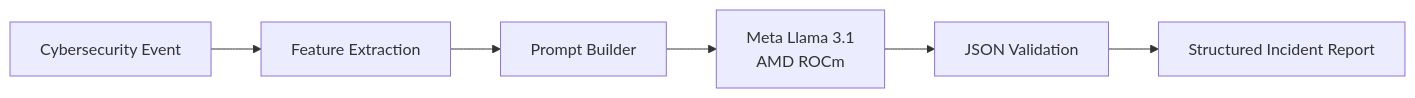
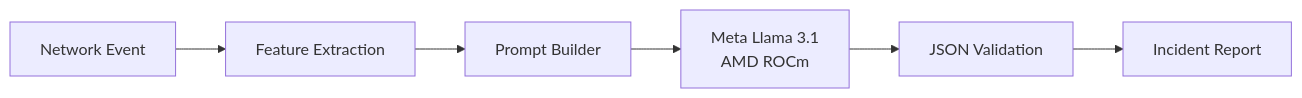
One commit to cyberbryanzhang/Radeon-hackathon-2026-07 changed the diagram in README.md. Above: the diagram before and after it, drawn with Mermaid. The commit also changed other lines of this file, not shown here.

````diff
--- a/README.md
+++ b/README.md
@@ -43,17 +42,10 @@
 ```mermaid
-
 flowchart LR
 
-A[Cybersecurity Event]
-
+A[Network Event]
 --> B[Feature Extraction]
-
 --> C[Prompt Builder]
-
 --> D[Meta Llama 3.1<br/>AMD ROCm]
-
 --> E[JSON Validation]
-
---> F[Structured Incident Report]
-
+--> F[Incident Report]
 ```
````
